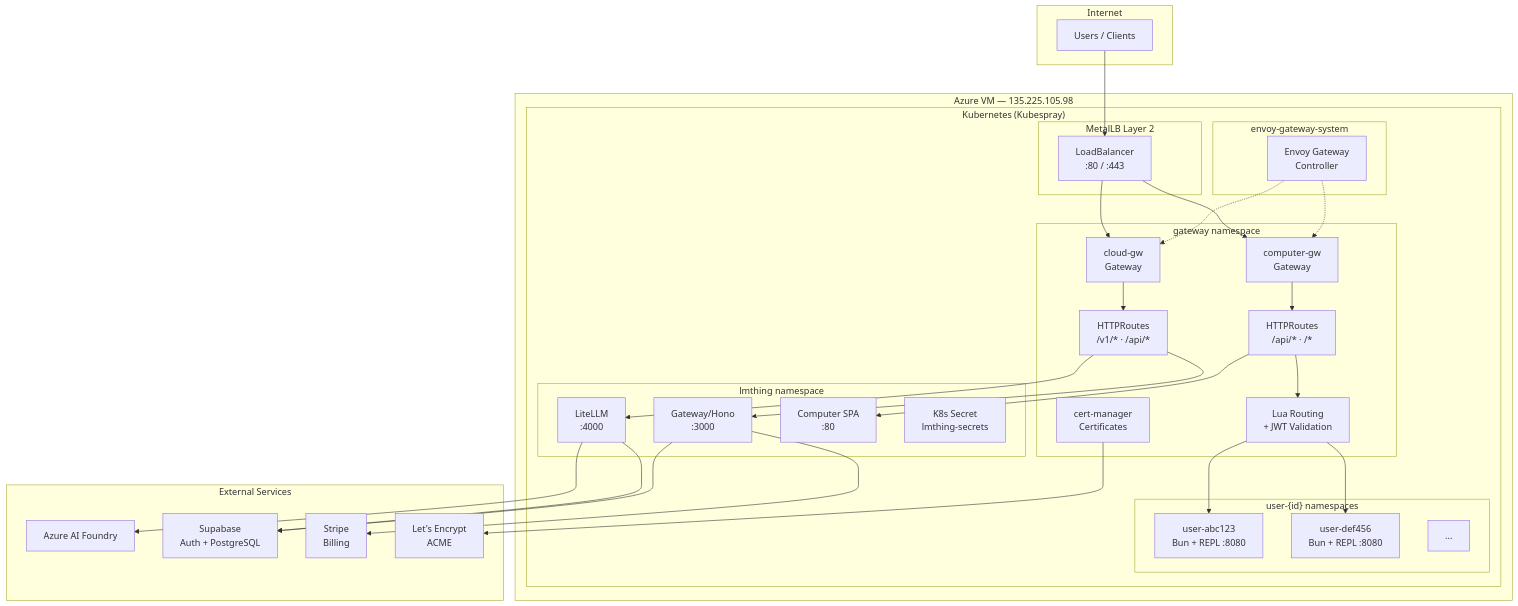
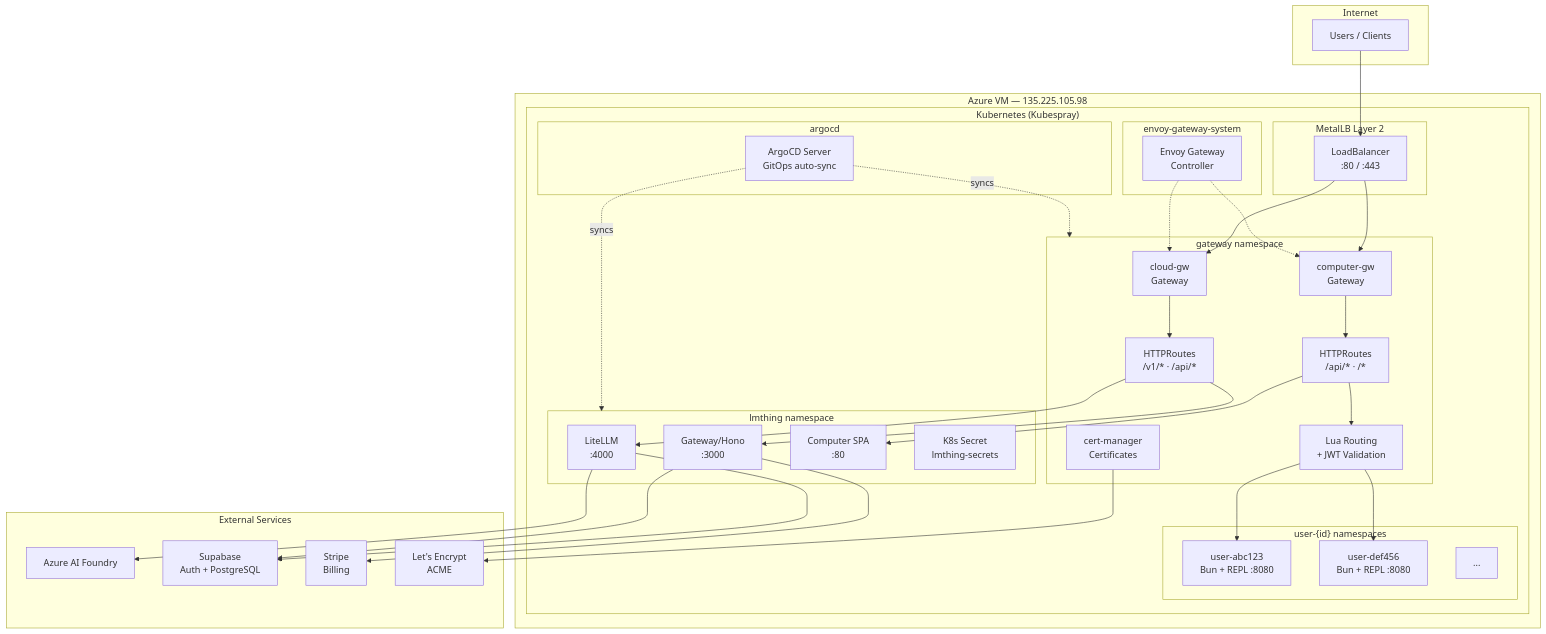
Before and after one commit to lmthing/lmthing: the second of 7 diagrams in devops/README.md, drawn with Mermaid. The commit also changed other lines of this file, not shown here.

First line of the commit message:
Update devops README to reflect ArgoCD GitOps deployment

````diff
--- a/devops/README.md
+++ b/devops/README.md
@@ -25,66 +25,72 @@
 ```mermaid
 graph TB
     subgraph Internet["Internet"]
         Users["Users / Clients"]
     end
 
     subgraph Azure["Azure VM — 135.225.105.98"]
         subgraph K8s["Kubernetes (Kubespray)"]
             subgraph MetalLB["MetalLB Layer 2"]
                 LB["LoadBalancer<br/>:80 / :443"]
+            end
+
+            subgraph ArgoCDNS["argocd"]
+                ArgoCD["ArgoCD Server<br/>GitOps auto-sync"]
             end
 
             subgraph EGSystem["envoy-gateway-system"]
                 EGCtrl["Envoy Gateway<br/>Controller"]
             end
 
             subgraph GatewayNS["gateway namespace"]
                 CloudGW["cloud-gw<br/>Gateway"]
                 ComputerGW["computer-gw<br/>Gateway"]
                 CloudRoutes["HTTPRoutes<br/>/v1/* · /api/*"]
                 ComputerRoutes["HTTPRoutes<br/>/api/* · /*"]
                 Policies["Lua Routing<br/>+ JWT Validation"]
                 Certs["cert-manager<br/>Certificates"]
             end
 
             subgraph LmthingNS["lmthing namespace"]
                 LiteLLM["LiteLLM<br/>:4000"]
                 Gateway["Gateway/Hono<br/>:3000"]
                 Computer["Computer SPA<br/>:80"]
                 Secrets["K8s Secret<br/>lmthing-secrets"]
             end
 
             subgraph UserNS["user-{id} namespaces"]
                 Pod1["user-abc123<br/>Bun + REPL :8080"]
                 Pod2["user-def456<br/>Bun + REPL :8080"]
                 PodN["..."]
             end
         end
     end
 
     subgraph External["External Services"]
         AzureAI["Azure AI Foundry"]
         Supabase["Supabase<br/>Auth + PostgreSQL"]
         Stripe["Stripe<br/>Billing"]
         LE["Let's Encrypt<br/>ACME"]
     end
 
     Users --> LB
     LB --> CloudGW
     LB --> ComputerGW
     EGCtrl -.-> CloudGW
     EGCtrl -.-> ComputerGW
     CloudGW --> CloudRoutes
     ComputerGW --> ComputerRoutes
     CloudRoutes --> LiteLLM
     CloudRoutes --> Gateway
     ComputerRoutes --> Computer
     ComputerRoutes --> Policies
     Policies --> Pod1
     Policies --> Pod2
+    ArgoCD -.->|"syncs"| LmthingNS
+    ArgoCD -.->|"syncs"| GatewayNS
     Certs --> LE
     LiteLLM --> AzureAI
     LiteLLM --> Supabase
     Gateway --> Supabase
     Gateway --> Stripe
 ```
````
